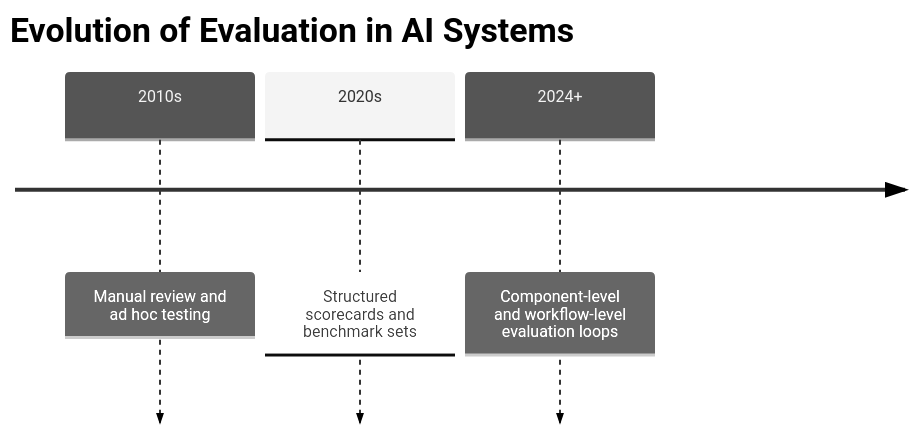
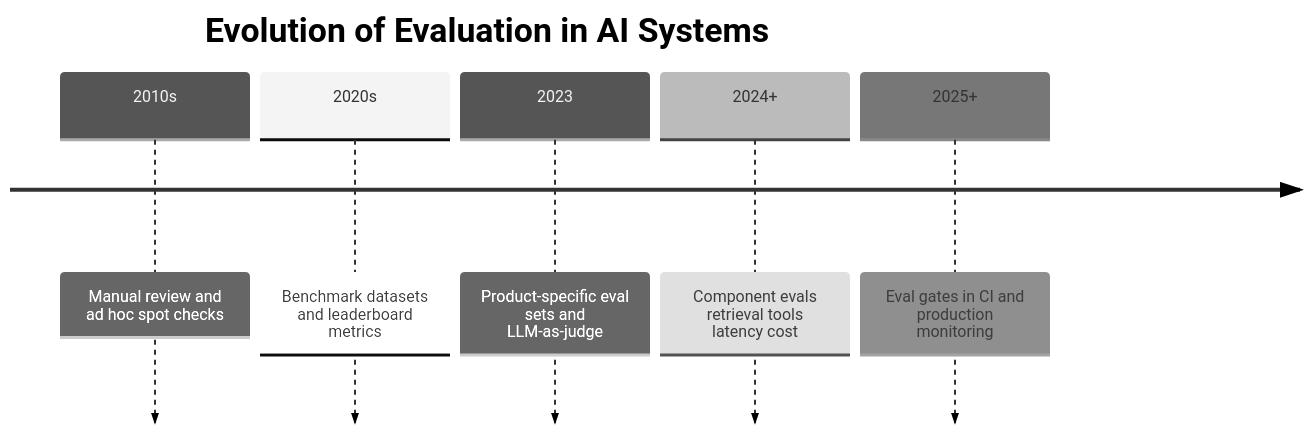
One commit to Asabeneh/30-Days-Of-AI-Engineering changed the third of 12 diagrams in day_27/day_27_evaluation.md. Above: the diagram before and after it, drawn with Mermaid (neutral theme). The commit also changed other lines of this file and 49 other files, not shown here.

````diff
--- a/day_27/day_27_evaluation.md
+++ b/day_27/day_27_evaluation.md
@@ -78,7 +126,9 @@
 ```mermaid
 timeline
     title Evolution of Evaluation in AI Systems
-    2010s : Manual review and ad hoc testing
-    2020s : Structured scorecards and benchmark sets
-    2024+ : Component-level and workflow-level evaluation loops
+    2010s : Manual review and ad hoc spot checks
+    2020s : Benchmark datasets and leaderboard metrics
+    2023 : Product-specific eval sets and LLM-as-judge
+    2024+ : Component evals retrieval tools latency cost
+    2025+ : Eval gates in CI and production monitoring
 ```
````
